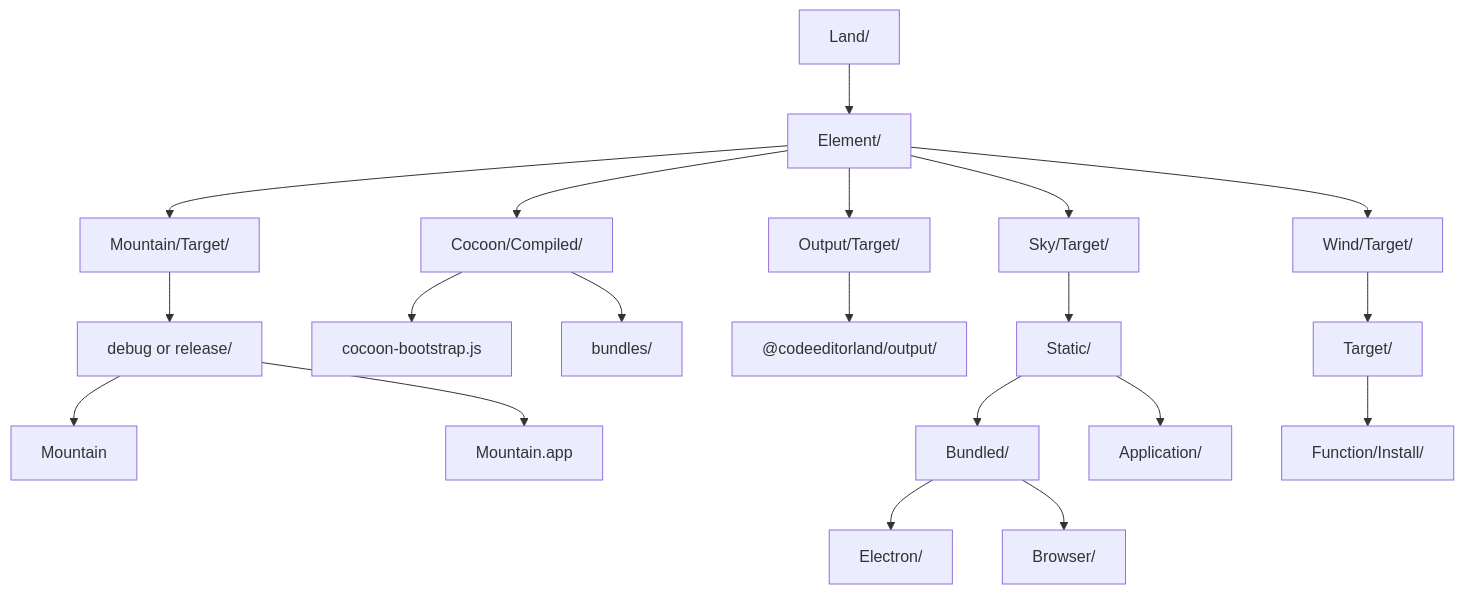
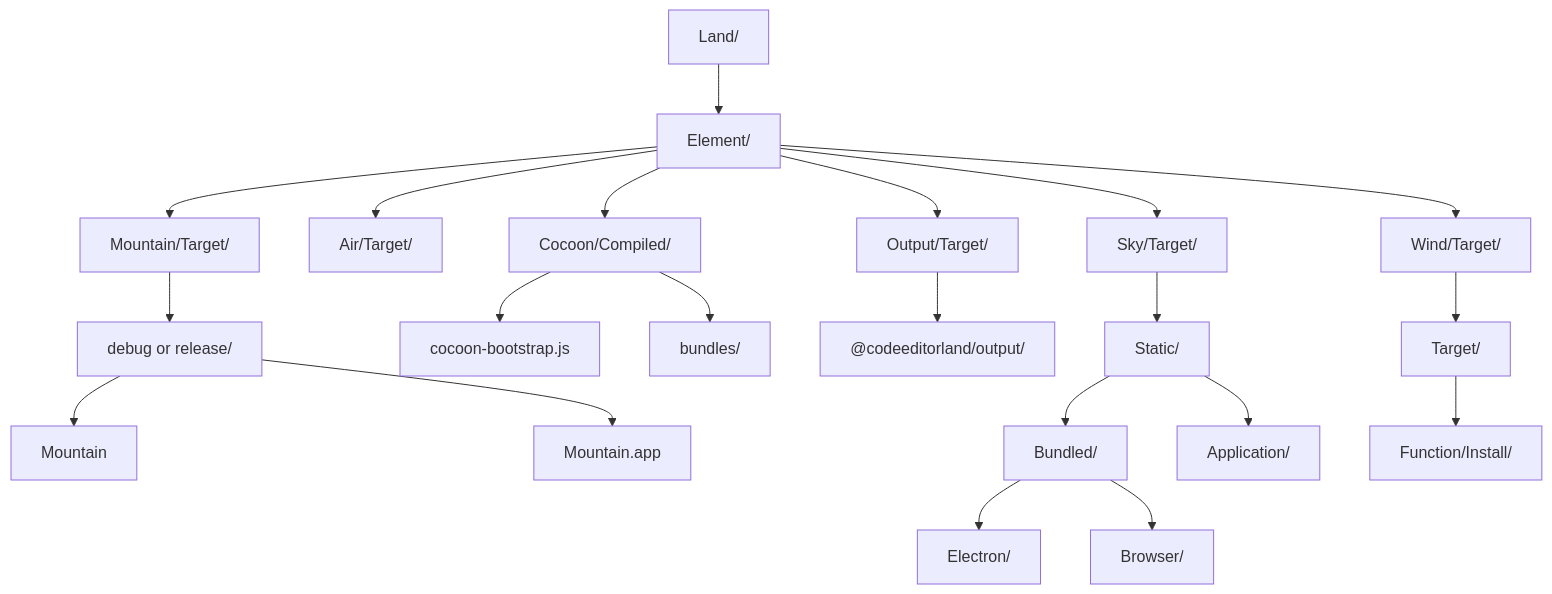
One commit to CodeEditorLand/Land changed the third of 3 diagrams in Documentation/GitHub/BuildPipeline.md. Above: the diagram before and after it, drawn with Mermaid. The commit also changed other lines of this file and 11 other files, not shown here.

````diff
--- a/Documentation/GitHub/BuildPipeline.md
+++ b/Documentation/GitHub/BuildPipeline.md
@@ -375,27 +376,28 @@
 ```mermaid
 graph TB
     Root[Land/] --> Element[Element/]
     Element --> Mountain[Mountain/Target/]
+    Element --> Air[Air/Target/]
     Element --> Cocoon[Cocoon/Compiled/]
     Element --> Output[Output/Target/]
     Element --> Sky[Sky/Target/]
     Element --> Wind[Wind/Target/]
 
     Mountain --> MountainDebug[debug or release/]
     MountainDebug --> MountainBin[Mountain]
     MountainDebug --> MountainApp[Mountain.app]
 
     Cocoon --> CocoonBootstrap[cocoon-bootstrap.js]
     Cocoon --> CocoonBundles[bundles/]
 
     Output --> OutputPkg["@codeeditorland/output/"]
 
     Sky --> SkyStatic[Static/]
     SkyStatic --> SkyBundled[Bundled/]
     SkyBundled --> SkyElectron[Electron/]
     SkyBundled --> SkyBrowser[Browser/]
     SkyStatic --> SkyApp[Application/]
 
     Wind --> WindTarget[Target/]
     WindTarget --> WindFn[Function/Install/]
 ```
````
